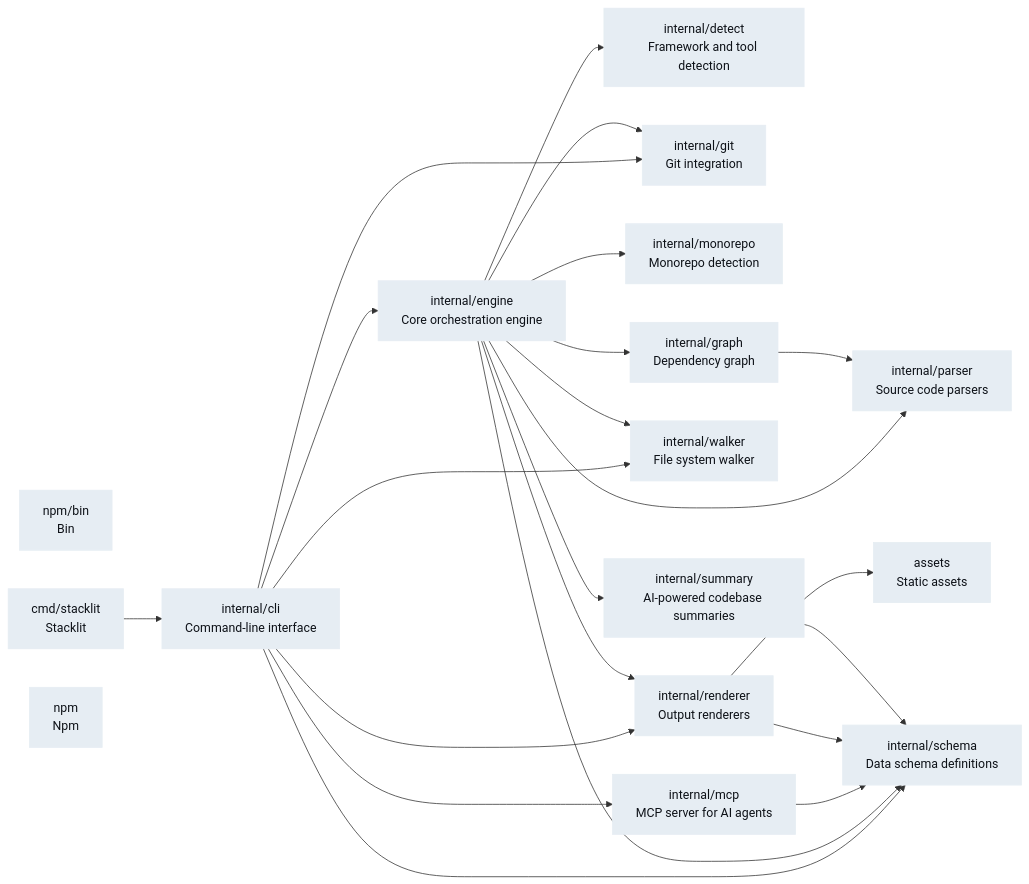
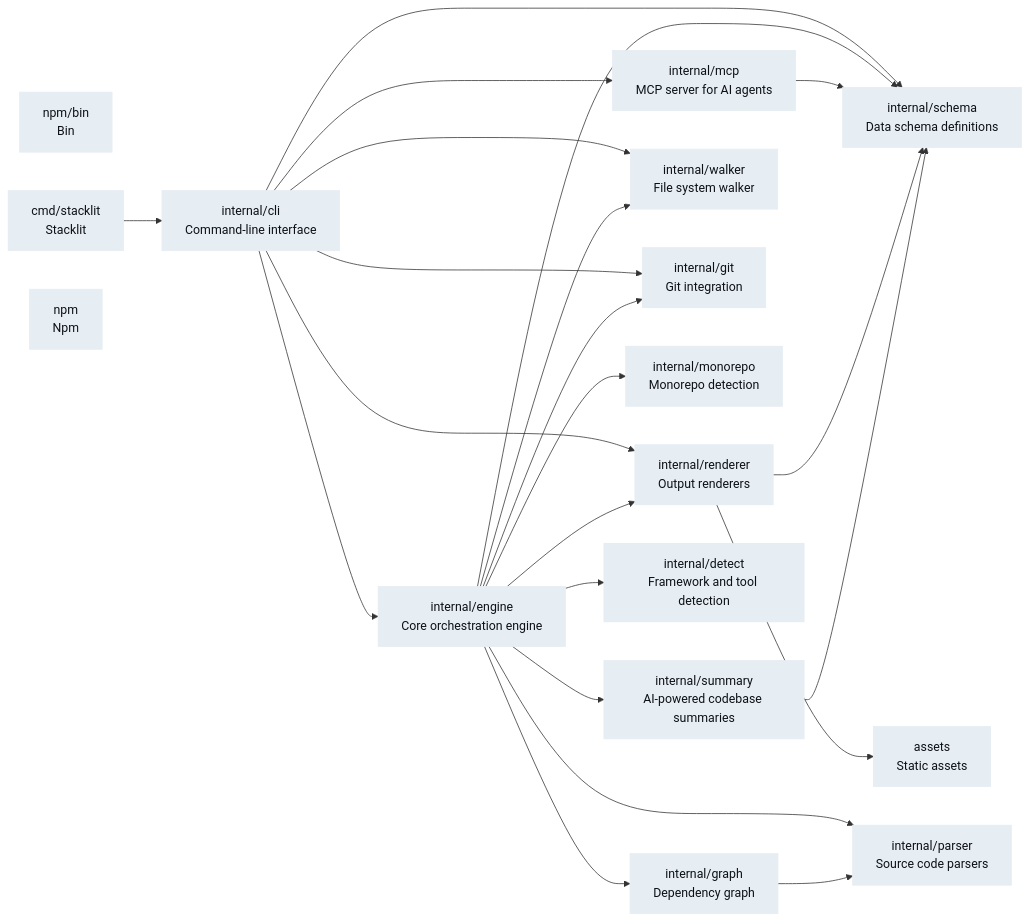
One commit to atharvasingh7007/stacklit changed the diagram in stacklit.mmd. Above: the diagram before and after it, drawn with Mermaid. The commit also changed other lines of this file and 2 other files, not shown here.

```diff
--- a/stacklit.mmd
+++ b/stacklit.mmd
@@ -1,44 +1,44 @@
 graph LR
   classDef python fill:#b1bac4,color:#0d1117,stroke:#b1bac4
   classDef rust fill:#a5b3bf,color:#0d1117,stroke:#a5b3bf
   classDef go fill:#e6edf3,color:#0d1117,stroke:#e6edf3
   classDef javascript fill:#c9d1d9,color:#0d1117,stroke:#c9d1d9
   classDef java fill:#8b949e,color:#0d1117,stroke:#8b949e
   classDef typescript fill:#c9d1d9,color:#0d1117,stroke:#c9d1d9
-  internal_detect["internal/detect\nFramework and tool detection"]:::go
+  internal_graph["internal/graph\nDependency graph"]:::go
+  internal_mcp["internal/mcp\nMCP server for AI agents"]:::go
+  npm_bin["npm/bin\nBin"]:::go
+  cmd_stacklit["cmd/stacklit\nStacklit"]:::go
+  internal_renderer["internal/renderer\nOutput renderers"]:::go
+  internal_walker["internal/walker\nFile system walker"]:::go
+  assets["assets\nStatic assets"]:::go
+  internal_cli["internal/cli\nCommand-line interface"]:::go
   internal_git["internal/git\nGit integration"]:::go
   internal_monorepo["internal/monorepo\nMonorepo detection"]:::go
-  npm_bin["npm/bin\nBin"]:::go
-  assets["assets\nStatic assets"]:::go
+  internal_parser["internal/parser\nSource code parsers"]:::go
   internal_schema["internal/schema\nData schema definitions"]:::go
-  internal_cli["internal/cli\nCommand-line interface"]:::go
-  internal_mcp["internal/mcp\nMCP server for AI agents"]:::go
-  internal_walker["internal/walker\nFile system walker"]:::go
-  cmd_stacklit["cmd/stacklit\nStacklit"]:::go
-  internal_engine["internal/engine\nCore orchestration engine"]:::go
-  internal_graph["internal/graph\nDependency graph"]:::go
-  internal_parser["internal/parser\nSource code parsers"]:::go
-  internal_renderer["internal/renderer\nOutput renderers"]:::go
   internal_summary["internal/summary\nAI-powered codebase summaries"]:::go
   npm["npm\nNpm"]:::go
+  internal_detect["internal/detect\nFramework and tool detection"]:::go
+  internal_engine["internal/engine\nCore orchestration engine"]:::go
   cmd_stacklit --> internal_cli
   internal_cli --> internal_engine
   internal_cli --> internal_git
   internal_cli --> internal_mcp
   internal_cli --> internal_renderer
   internal_cli --> internal_schema
   internal_cli --> internal_walker
   internal_engine --> internal_detect
   internal_engine --> internal_git
   internal_engine --> internal_graph
   internal_engine --> internal_monorepo
   internal_engine --> internal_parser
   internal_engine --> internal_renderer
   internal_engine --> internal_schema
   internal_engine --> internal_summary
   internal_engine --> internal_walker
   internal_graph --> internal_parser
   internal_mcp --> internal_schema
   internal_renderer --> assets
   internal_renderer --> internal_schema
   internal_summary --> internal_schema
```
